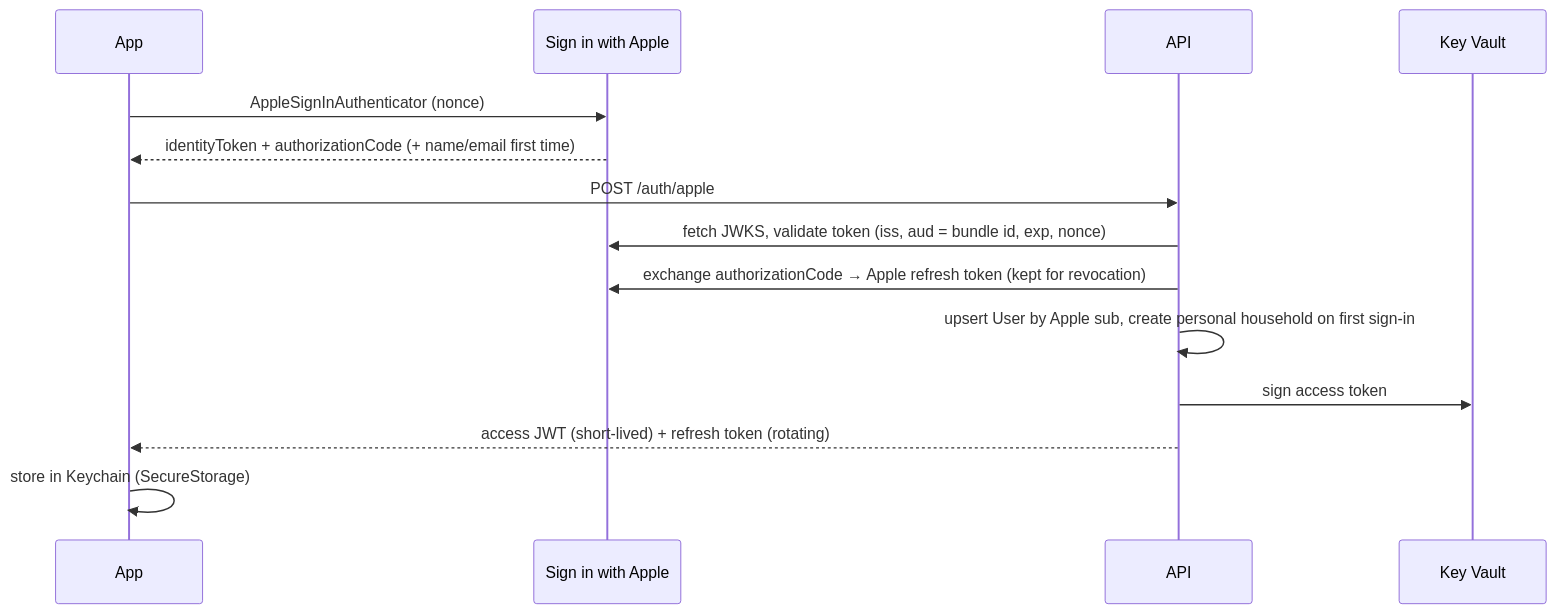
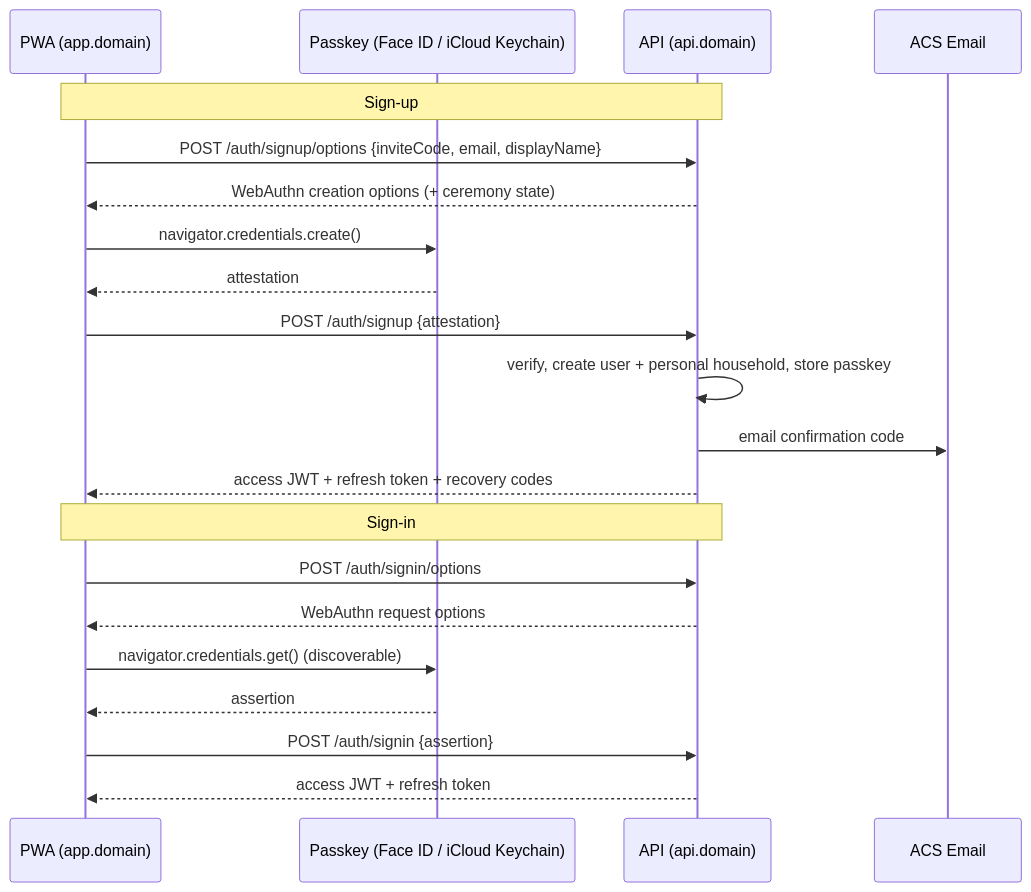
Before and after one commit to thopdev/Dialed: the third of 4 diagrams in docs/architecture.md, drawn with Mermaid. The commit also changed other lines of this file and 14 other files, not shown here.

````diff
--- a/docs/architecture.md
+++ b/docs/architecture.md
@@ -126,16 +138,23 @@
 ```mermaid
 sequenceDiagram
-  participant App
-  participant Apple as Sign in with Apple
-  participant API
-  participant KV as Key Vault
-  App->>Apple: AppleSignInAuthenticator (nonce)
-  Apple-->>App: identityToken + authorizationCode (+ name/email first time)
-  App->>API: POST /auth/apple
-  API->>Apple: fetch JWKS, validate token (iss, aud = bundle id, exp, nonce)
-  API->>Apple: exchange authorizationCode → Apple refresh token (kept for revocation)
-  API->>API: upsert User by Apple sub, create personal household on first sign-in
-  API->>KV: sign access token
-  API-->>App: access JWT (short-lived) + refresh token (rotating)
-  App->>App: store in Keychain (SecureStorage)
+  participant App as PWA (app.domain)
+  participant Auth as Passkey (Face ID / iCloud Keychain)
+  participant API as API (api.domain)
+  participant Mail as ACS Email
+  Note over App,API: Sign-up
+  App->>API: POST /auth/signup/options {inviteCode, email, displayName}
+  API-->>App: WebAuthn creation options (+ ceremony state)
+  App->>Auth: navigator.credentials.create()
+  Auth-->>App: attestation
+  App->>API: POST /auth/signup {attestation}
+  API->>API: verify, create user + personal household, store passkey
+  API->>Mail: email confirmation code
+  API-->>App: access JWT + refresh token + recovery codes
+  Note over App,API: Sign-in
+  App->>API: POST /auth/signin/options
+  API-->>App: WebAuthn request options
+  App->>Auth: navigator.credentials.get() (discoverable)
+  Auth-->>App: assertion
+  App->>API: POST /auth/signin {assertion}
+  API-->>App: access JWT + refresh token
 ```
````
